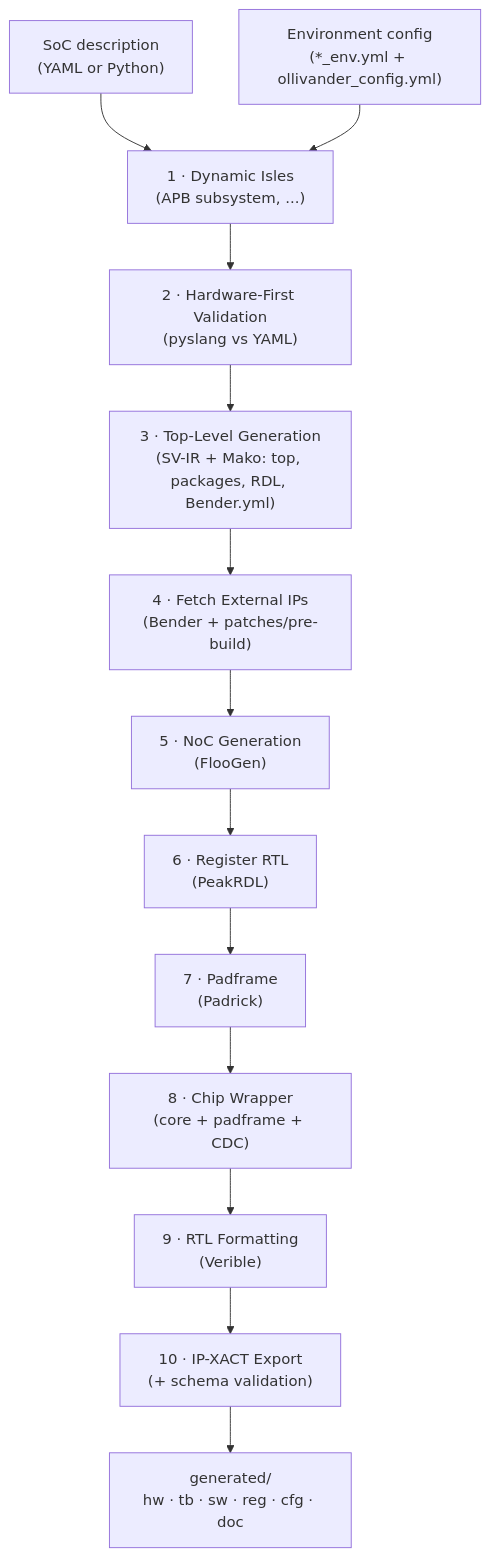
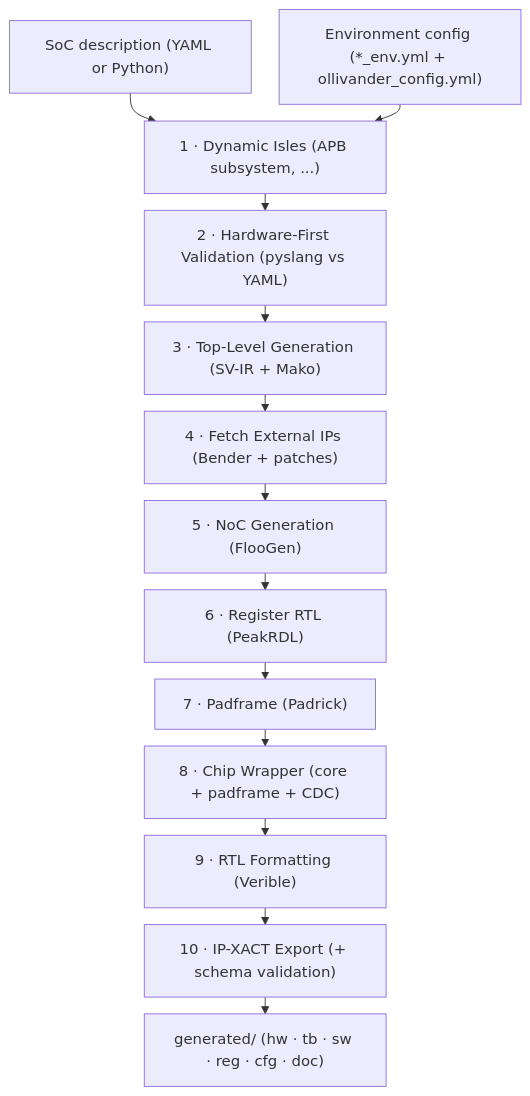
Before and after one commit to FondazioneChipsIT/ollivander: the third of 3 diagrams in README.md, drawn with Mermaid. The commit also changed other lines of this file and 1 other file, not shown here.

First line of the commit message:
[DOC]: redraw the README topology diagrams

````diff
--- a/README.md
+++ b/README.md
@@ -92,15 +103,16 @@
 ```mermaid
+%%{init: {"flowchart": {"rankSpacing": 18, "nodeSpacing": 30}}}%%
 flowchart TB
-    YAML["SoC description<br/>(YAML or Python)"] --> P1
-    ENV["Environment config<br/>(*_env.yml + ollivander_config.yml)"] --> P1
-    P1["1 · Dynamic Isles<br/>(APB subsystem, ...)"] --> P2["2 · Hardware-First Validation<br/>(pyslang vs YAML)"]
-    P2 --> P3["3 · Top-Level Generation<br/>(SV-IR + Mako: top, packages, RDL, Bender.yml)"]
-    P3 --> P4["4 · Fetch External IPs<br/>(Bender + patches/pre-build)"]
-    P4 --> P5["5 · NoC Generation<br/>(FlooGen)"]
-    P5 --> P6["6 · Register RTL<br/>(PeakRDL)"]
-    P6 --> P7["7 · Padframe<br/>(Padrick)"]
-    P7 --> P8["8 · Chip Wrapper<br/>(core + padframe + CDC)"]
-    P8 --> P9["9 · RTL Formatting<br/>(Verible)"]
-    P9 --> P10["10 · IP-XACT Export<br/>(+ schema validation)"]
-    P10 --> OUT["generated/<br/>hw · tb · sw · reg · cfg · doc"]
+    YAML["SoC description (YAML or Python)"] --> P1
+    ENV["Environment config (*_env.yml + ollivander_config.yml)"] --> P1
+    P1["1 · Dynamic Isles (APB subsystem, ...)"] --> P2["2 · Hardware-First Validation (pyslang vs YAML)"]
+    P2 --> P3["3 · Top-Level Generation (SV-IR + Mako)"]
+    P3 --> P4["4 · Fetch External IPs (Bender + patches)"]
+    P4 --> P5["5 · NoC Generation (FlooGen)"]
+    P5 --> P6["6 · Register RTL (PeakRDL)"]
+    P6 --> P7["7 · Padframe (Padrick)"]
+    P7 --> P8["8 · Chip Wrapper (core + padframe + CDC)"]
+    P8 --> P9["9 · RTL Formatting (Verible)"]
+    P9 --> P10["10 · IP-XACT Export (+ schema validation)"]
+    P10 --> OUT["generated/ (hw · tb · sw · reg · cfg · doc)"]
 ```
````
